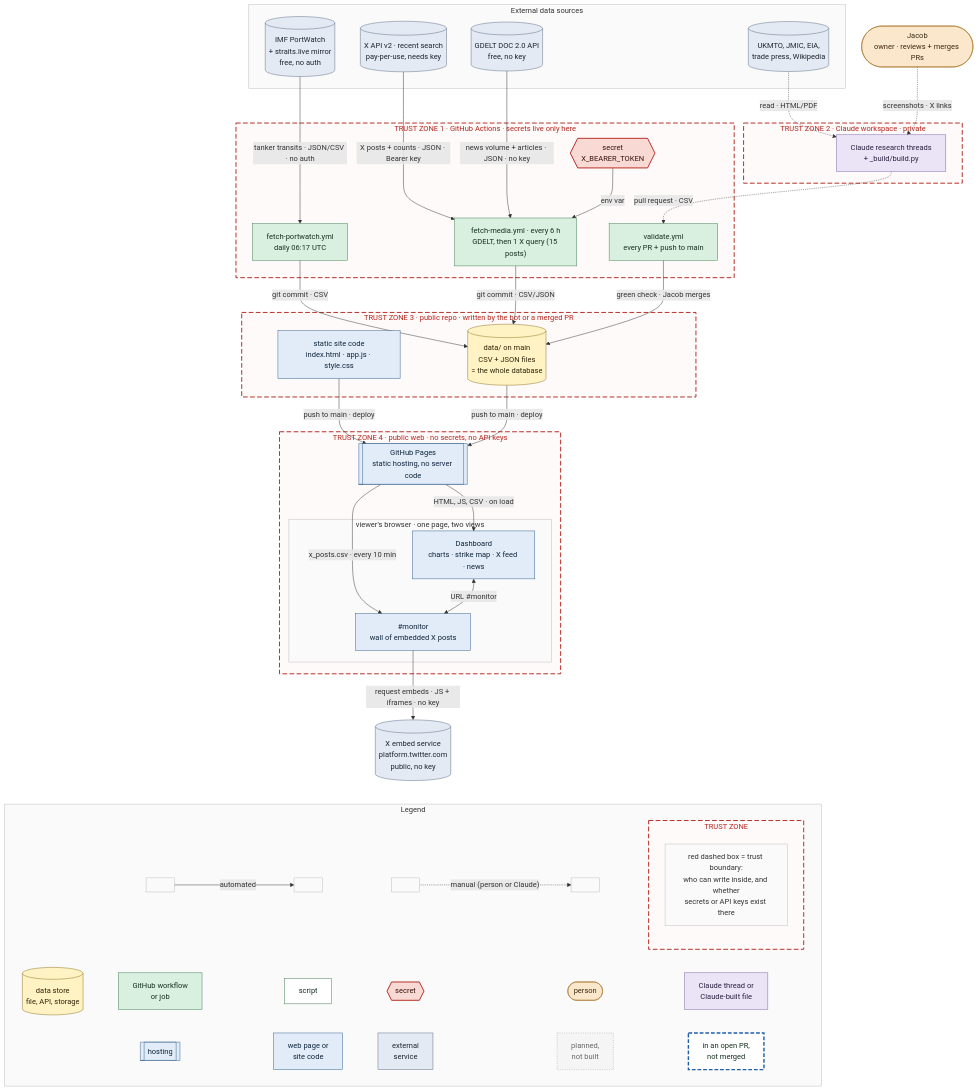
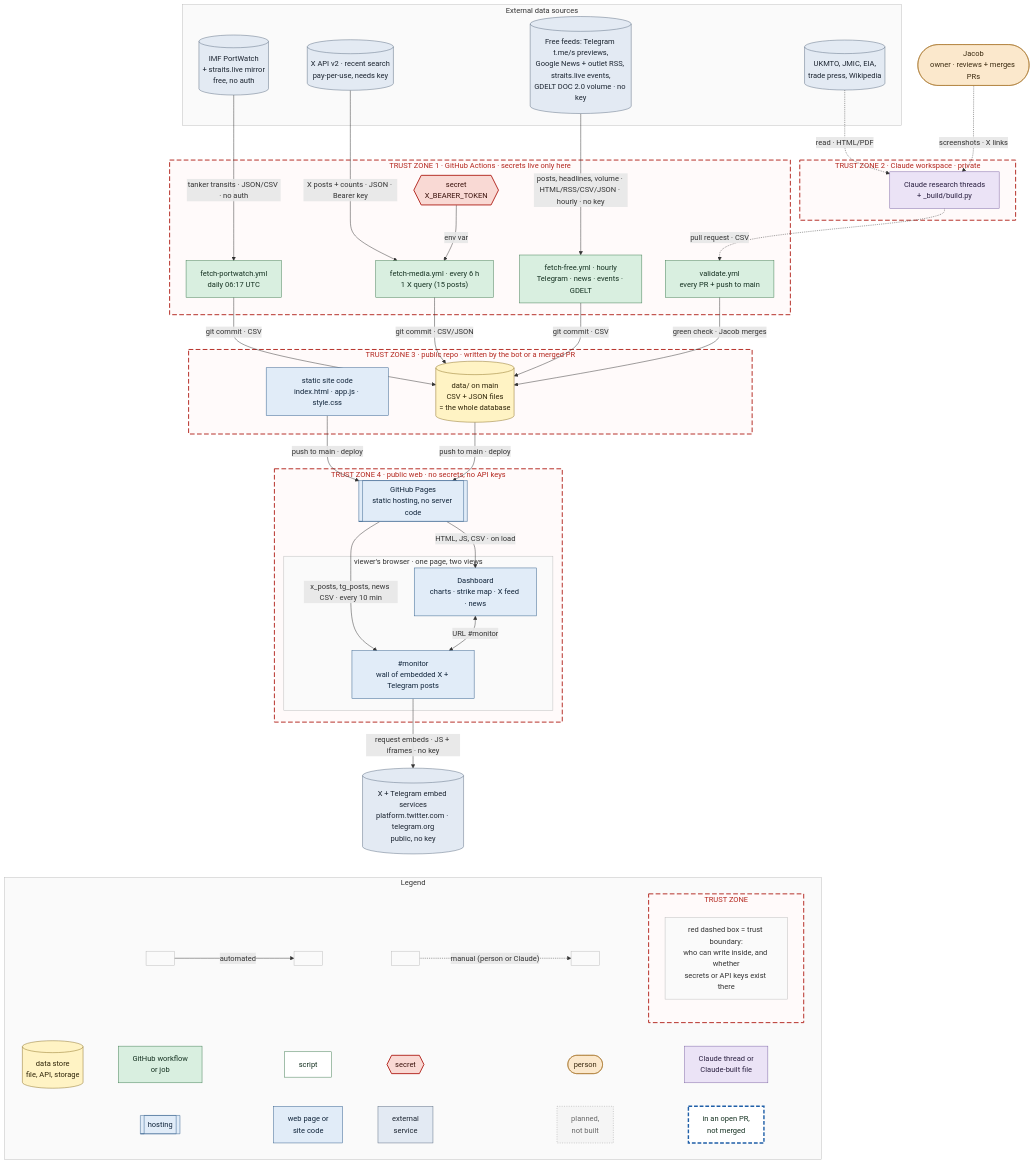
The diagram in docs/architecture/01-overview.mmd (jjmargolis/Straight-Tracker), drawn with Mermaid before and after one commit. The commit also changed 8 other files, not shown here.

Commit message:
Document the free feeds: SPEC section 1C, architecture diagrams, README

```diff
--- a/docs/architecture/01-overview.mmd
+++ b/docs/architecture/01-overview.mmd
@@ -1,102 +1,104 @@
 %% 1. Overview: trust zones and the main data path.
 %% Mermaid source. Render with ./render.sh (ELK layout, right-angle edges).
 %% Edge labels: what · format · cadence · auth. Shapes, colours and line styles: see 00-legend.mmd.
 flowchart TB
   subgraph SRC["External data sources"]
     PW[("IMF PortWatch<br/>+ straits.live mirror<br/>free, no auth")]
     XA[("X API v2 · recent search<br/>pay-per-use, needs key")]
-    GD[("GDELT DOC 2.0 API<br/>free, no key")]
+    FREE[("Free feeds: Telegram t.me/s previews,<br/>Google News + outlet RSS, straits.live events,<br/>GDELT DOC 2.0 volume · no key")]
     REP[("UKMTO, JMIC, EIA,<br/>trade press, Wikipedia")]
   end
   J(["Jacob<br/>owner · reviews + merges PRs"])
 
   subgraph Z1["TRUST ZONE 1 · GitHub Actions · secrets live only here"]
     PWJ["fetch-portwatch.yml<br/>daily 06:17 UTC"]
     SEC{{"secret<br/>X_BEARER_TOKEN"}}
-    MEDIA["fetch-media.yml · every 6 h<br/>GDELT, then 1 X query (15 posts)"]
+    MEDIA["fetch-media.yml · every 6 h<br/>1 X query (15 posts)"]
+    FREEJ["fetch-free.yml · hourly<br/>Telegram · news · events · GDELT"]
     VAL["validate.yml<br/>every PR + push to main"]
   end
 
   subgraph Z2["TRUST ZONE 2 · Claude workspace · private"]
     CL["Claude research threads<br/>+ _build/build.py"]
   end
 
   subgraph Z3["TRUST ZONE 3 · public repo · written by the bot or a merged PR"]
     SITE["static site code<br/>index.html · app.js · style.css"]
     DATA[("data/ on main<br/>CSV + JSON files<br/>= the whole database")]
   end
 
   subgraph Z4["TRUST ZONE 4 · public web · no secrets, no API keys"]
     PAGES[["GitHub Pages<br/>static hosting, no server code"]]
     subgraph BR["viewer's browser · one page, two views"]
       DASH["Dashboard<br/>charts · strike map · X feed · news"]
-      MON["#monitor<br/>wall of embedded X posts"]
+      MON["#monitor<br/>wall of embedded X + Telegram posts"]
     end
   end
-  XEMB[("X embed service<br/>platform.twitter.com<br/>public, no key")]
+  XEMB[("X + Telegram embed services<br/>platform.twitter.com · telegram.org<br/>public, no key")]
 
   subgraph LEG["Legend"]
     direction LR
     a1[("data store<br/>file, API, storage")] ~~~ a2["GitHub workflow<br/>or job"] ~~~ a3["script"] ~~~ a4{{"secret"}} ~~~ a5(["person"]) ~~~ a6["Claude thread or<br/>Claude-built file"]
     a7[["hosting"]] ~~~ a8["web page or<br/>site code"] ~~~ a9["external<br/>service"] ~~~ a10["planned,<br/>not built"] ~~~ a11["in an open PR,<br/>not merged"]
     b1[" "] -->|"automated"| b2[" "] ~~~ c1[" "] -.->|"manual (person or Claude)"| c2[" "]
     subgraph ZONE["TRUST ZONE"]
       z1["red dashed box = trust boundary:<br/>who can write inside, and whether<br/>secrets or API keys exist there"]
     end
     c2 ~~~ ZONE
   end
 
   XEMB ~~~ LEG
   PW -->|"tanker transits · JSON/CSV · no auth"| PWJ
   XA -->|"X posts + counts · JSON · Bearer key"| MEDIA
-  GD -->|"news volume + articles · JSON · no key"| MEDIA
+  FREE -->|"posts, headlines, volume · HTML/RSS/CSV/JSON · hourly · no key"| FREEJ
   SEC -->|"env var"| MEDIA
   REP -.->|"read · HTML/PDF"| CL
   J -.->|"screenshots · X links"| CL
   CL -.->|"pull request · CSV"| VAL
   PWJ -->|"git commit · CSV"| DATA
   MEDIA -->|"git commit · CSV/JSON"| DATA
+  FREEJ -->|"git commit · CSV"| DATA
   VAL -->|"green check · Jacob merges"| DATA
   SITE -->|"push to main · deploy"| PAGES
   DATA -->|"push to main · deploy"| PAGES
   PAGES -->|"HTML, JS, CSV · on load"| DASH
-  PAGES -->|"x_posts.csv · every 10 min"| MON
+  PAGES -->|"x_posts, tg_posts, news CSV · every 10 min"| MON
   DASH <-->|"URL #monitor"| MON
   MON -->|"request embeds · JS + iframes · no key"| XEMB
 
   classDef ext fill:#e3eaf3,stroke:#5a6b80,color:#1b2430
   classDef human fill:#fbe8cc,stroke:#a8742a,color:#3a2a10
   classDef claude fill:#ebe3f6,stroke:#7a62a3,color:#2a2040
   classDef job fill:#d9efe0,stroke:#3d7a4f,color:#143020
   classDef script fill:#ffffff,stroke:#3d7a4f,color:#143020
   classDef data fill:#fff3c4,stroke:#8a6d1f,color:#2e2408
   classDef site fill:#e1ecf8,stroke:#2f5d8a,color:#10243a
   classDef secret fill:#f9d9d4,stroke:#b3261e,color:#3a120c,stroke-width:2px
   classDef pending stroke:#1f5fa8,stroke-width:3px,stroke-dasharray:8 4
   classDef planned fill:#f5f5f5,stroke:#999999,color:#666666,stroke-dasharray:2 3
   classDef note fill:#fff7d6,stroke:#c9a227,color:#3a2e08
   classDef zone fill:#fffafa,stroke:#b3261e,stroke-width:2px,stroke-dasharray:10 5,color:#b3261e
   classDef group fill:#fafafa,stroke:#bbbbbb,color:#333333
-  class PW,XA,GD,REP,XEMB ext
+  class PW,XA,FREE,REP,XEMB ext
   class J human
   class CL claude
-  class PWJ,MEDIA,VAL job
+  class PWJ,MEDIA,FREEJ,VAL job
   class DATA data
   class SITE,PAGES,DASH,MON site
   class SEC secret
   class Z1,Z2,Z3,Z4 zone
   class SRC,BR,LEG group
   class a1 data
   class a2 job
   class a3 script
   class a4 secret
   class a5 human
   class a6 claude
   class a7,a8 site
   class a9 ext
   class a10 planned
   class a11 script
   class a11 pending
   class b1,b2,c1,c2 group
   class ZONE zone
   class z1 group
```
